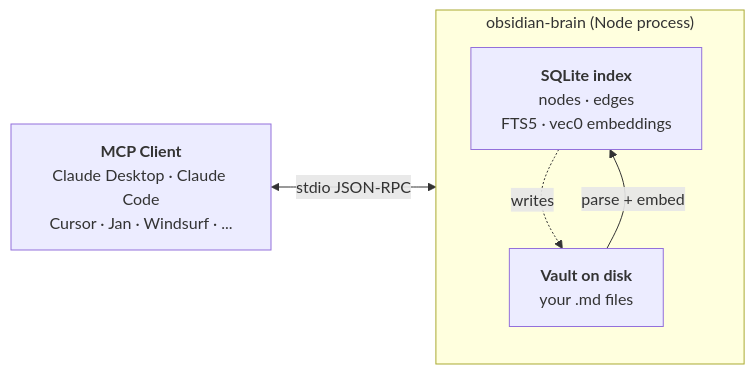
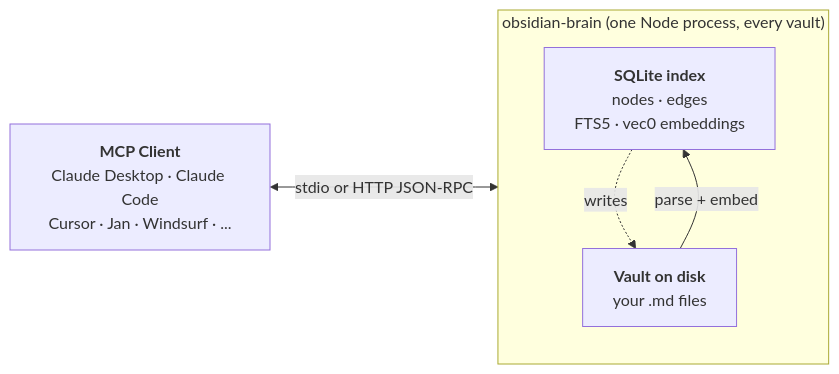
Before and after one commit to martijnarts/obsidian-brain: the diagram in README.md, drawn with Mermaid. The commit also changed other lines of this file and 5 other files, not shown here.

````diff
--- a/README.md
+++ b/README.md
@@ -77,14 +89,14 @@
 ```mermaid
 flowchart LR
     Client["<b>MCP Client</b><br/>Claude Desktop · Claude Code<br/>Cursor · Jan · Windsurf · ..."]
 
-    subgraph OB ["obsidian-brain (Node process)"]
+    subgraph OB ["obsidian-brain (one Node process, every vault)"]
         direction TB
         SQL["<b>SQLite index</b><br/>nodes · edges<br/>FTS5 · vec0 embeddings"]
         Vault["<b>Vault on disk</b><br/>your .md files"]
         Vault -->|"parse + embed"| SQL
         SQL -.->|"writes"| Vault
     end
 
-    Client <-->|"stdio JSON-RPC"| OB
+    Client <-->|"stdio or HTTP JSON-RPC"| OB
 ```
````
